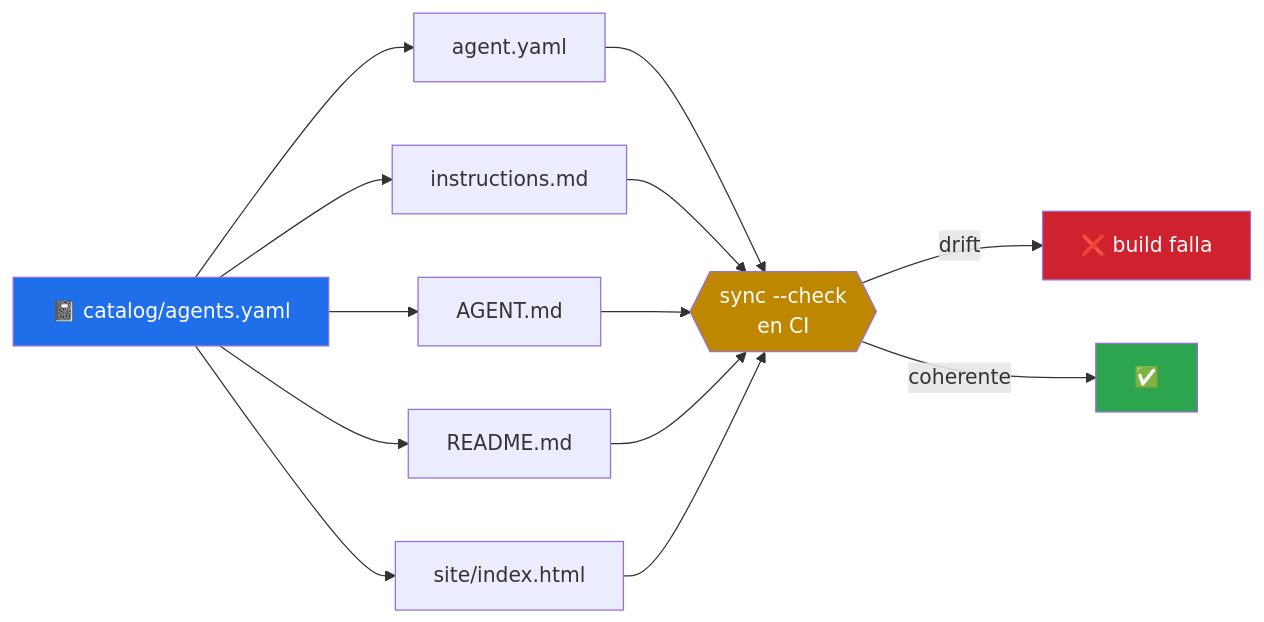
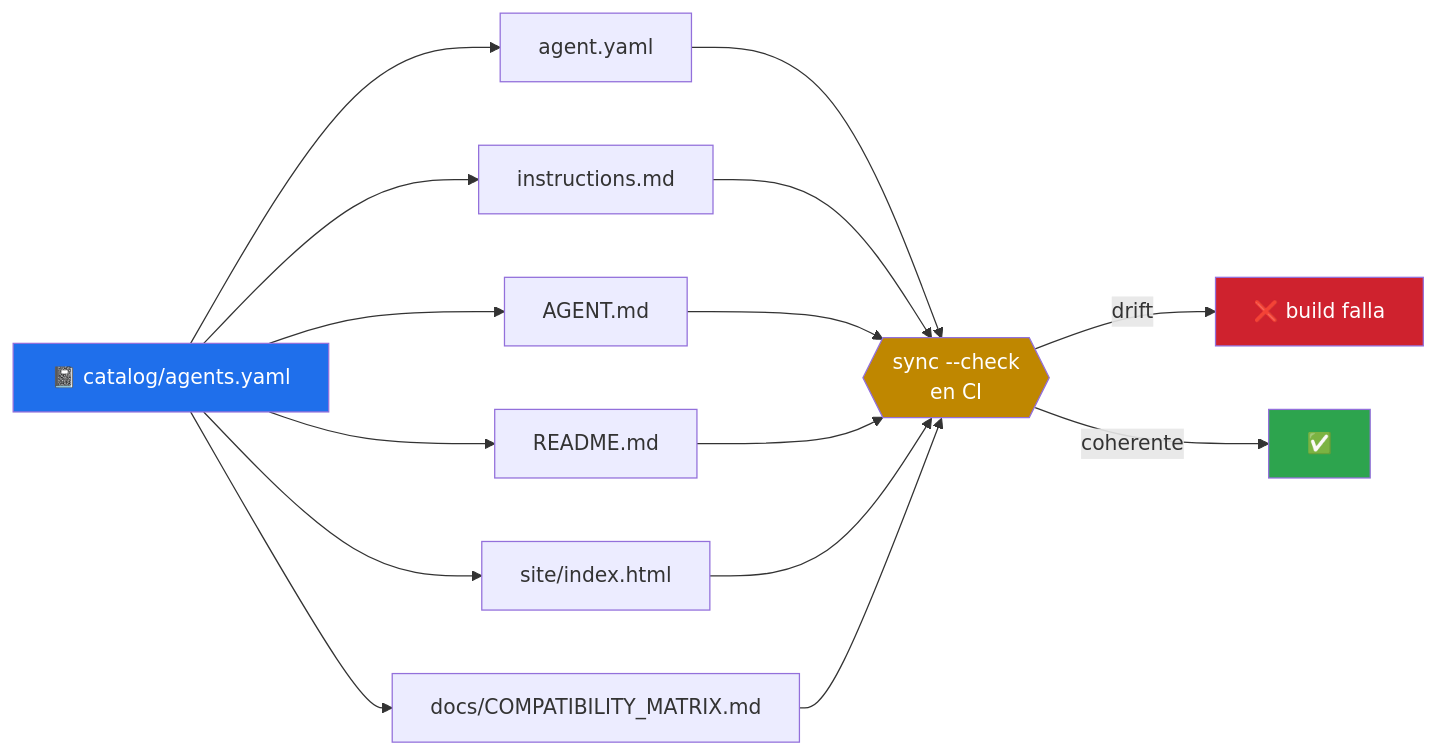
The third of 3 diagrams in README.md (vladimiracunadev-create/operational-ai-agents), drawn with Mermaid before and after one commit. The commit also changed other lines of this file and 39 other files, not shown here.

````diff
--- a/README.md
+++ b/README.md
@@ -725,15 +758,16 @@
 ```mermaid
 flowchart LR
     C["📓 catalog/agents.yaml"] --> M["agent.yaml"]
     C --> I["instructions.md"]
     C --> A["AGENT.md"]
     C --> R["README.md"]
     C --> S["site/index.html"]
-    M & I & A & R & S --> V{{"sync --check<br/>en CI"}}
+    C --> X["docs/COMPATIBILITY_MATRIX.md"]
+    M & I & A & R & S & X --> V{{"sync --check<br/>en CI"}}
     V -->|drift| F["❌ build falla"]
     V -->|coherente| P["✅"]
     style C fill:#1f6feb,color:#fff
     style V fill:#bf8700,color:#fff
     style F fill:#cf222e,color:#fff
     style P fill:#2da44e,color:#fff
 ```
````
